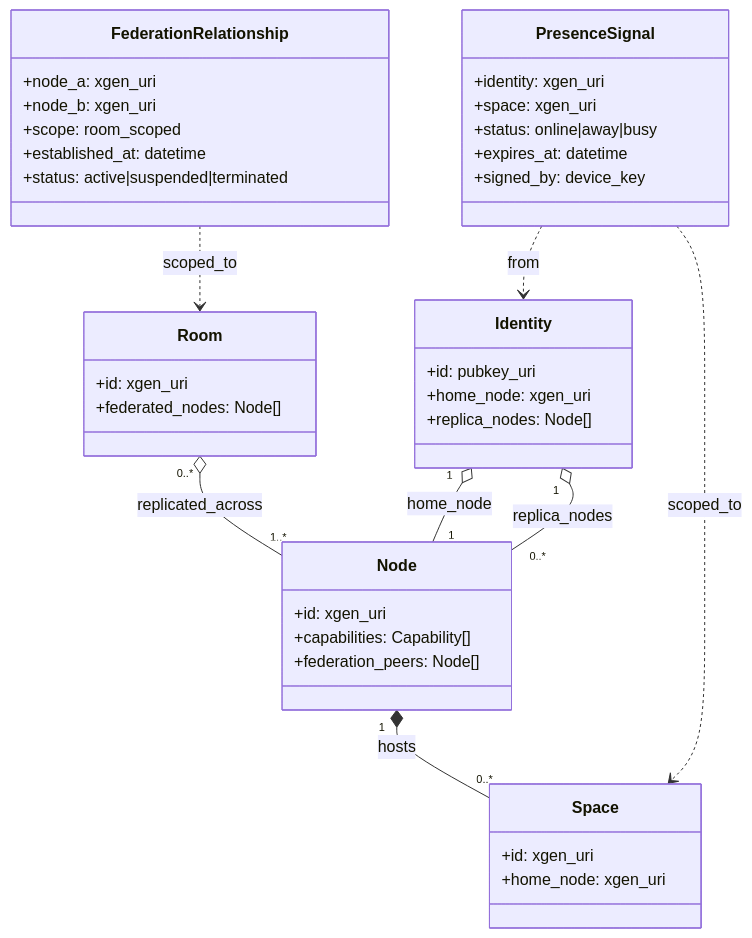
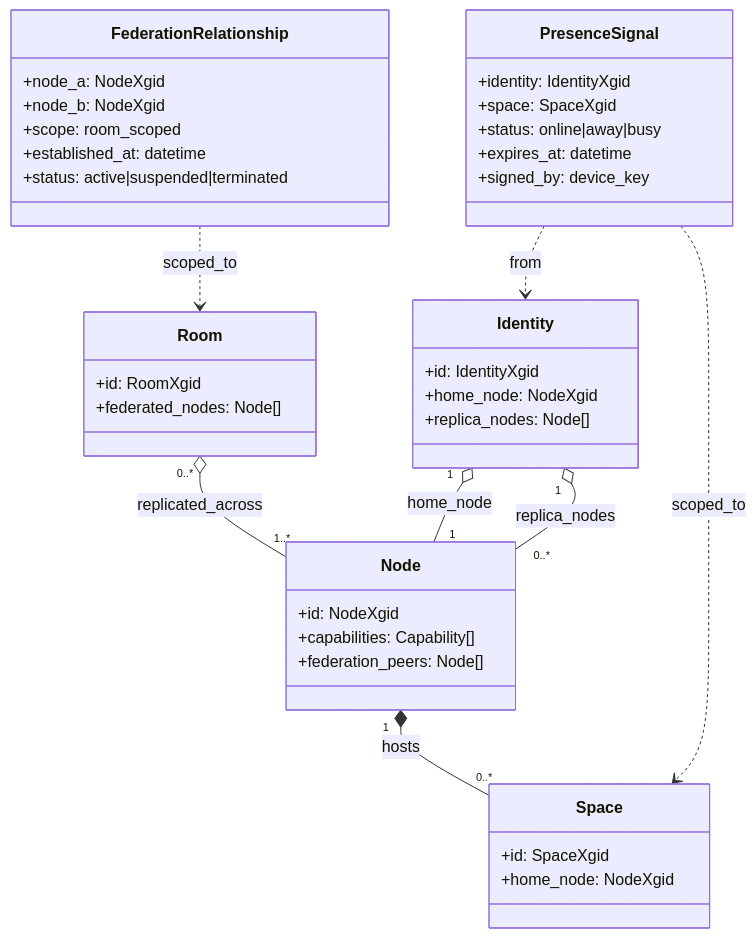
Diagram 15 of 16 in docs/xgen_appendix_c_en.md (ianus777/XGenProtocol), drawn with Mermaid before and after one commit. The commit also changed other lines of this file and 1 other file, not shown here.

````diff
--- a/docs/xgen_appendix_c_en.md
+++ b/docs/xgen_appendix_c_en.md
@@ -1051,45 +1057,45 @@
 ```mermaid
 classDiagram
     class Node {
-        +id: xgen_uri
+        +id: NodeXgid
         +capabilities: Capability[]
         +federation_peers: Node[]
     }
     class Space {
-        +id: xgen_uri
-        +home_node: xgen_uri
+        +id: SpaceXgid
+        +home_node: NodeXgid
     }
     class Room {
-        +id: xgen_uri
+        +id: RoomXgid
         +federated_nodes: Node[]
     }
     class Identity {
-        +id: pubkey_uri
-        +home_node: xgen_uri
+        +id: IdentityXgid
+        +home_node: NodeXgid
         +replica_nodes: Node[]
     }
     class FederationRelationship {
-        +node_a: xgen_uri
-        +node_b: xgen_uri
+        +node_a: NodeXgid
+        +node_b: NodeXgid
         +scope: room_scoped
         +established_at: datetime
         +status: active|suspended|terminated
     }
     class PresenceSignal {
-        +identity: xgen_uri
-        +space: xgen_uri
+        +identity: IdentityXgid
+        +space: SpaceXgid
         +status: online|away|busy
         +expires_at: datetime
         +signed_by: device_key
     }
 
     %% Note: Node federates_with other Nodes (self-reference).
     %% Omitted — Mermaid renders self-references as empty ghost boxes.
     Node "1" *-- "0..*" Space : hosts
     Room "0..*" o-- "1..*" Node : replicated_across
     Identity "1" o-- "1" Node : home_node
     Identity "1" o-- "0..*" Node : replica_nodes
     FederationRelationship ..> Room : scoped_to
     PresenceSignal ..> Space : scoped_to
     PresenceSignal ..> Identity : from
 ```
````
